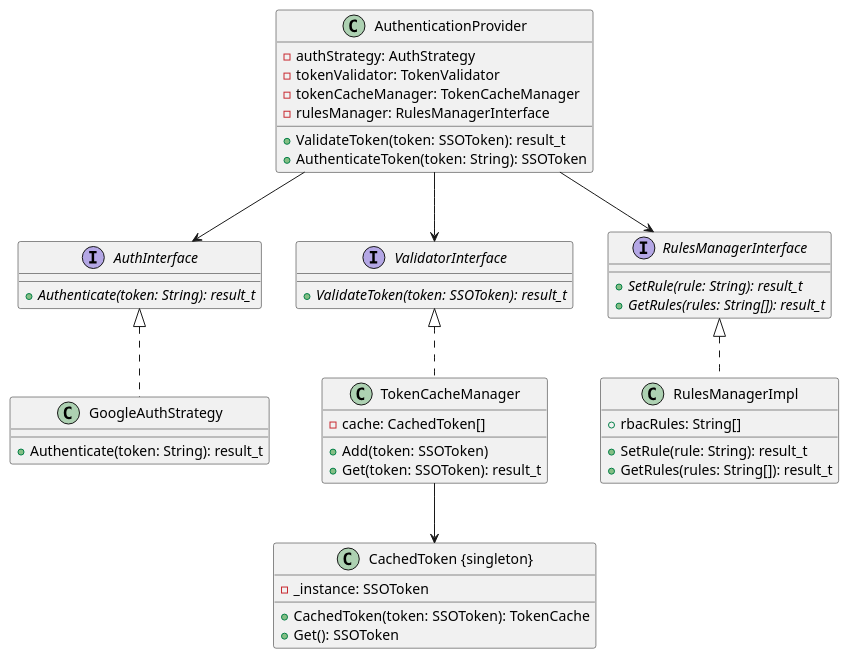
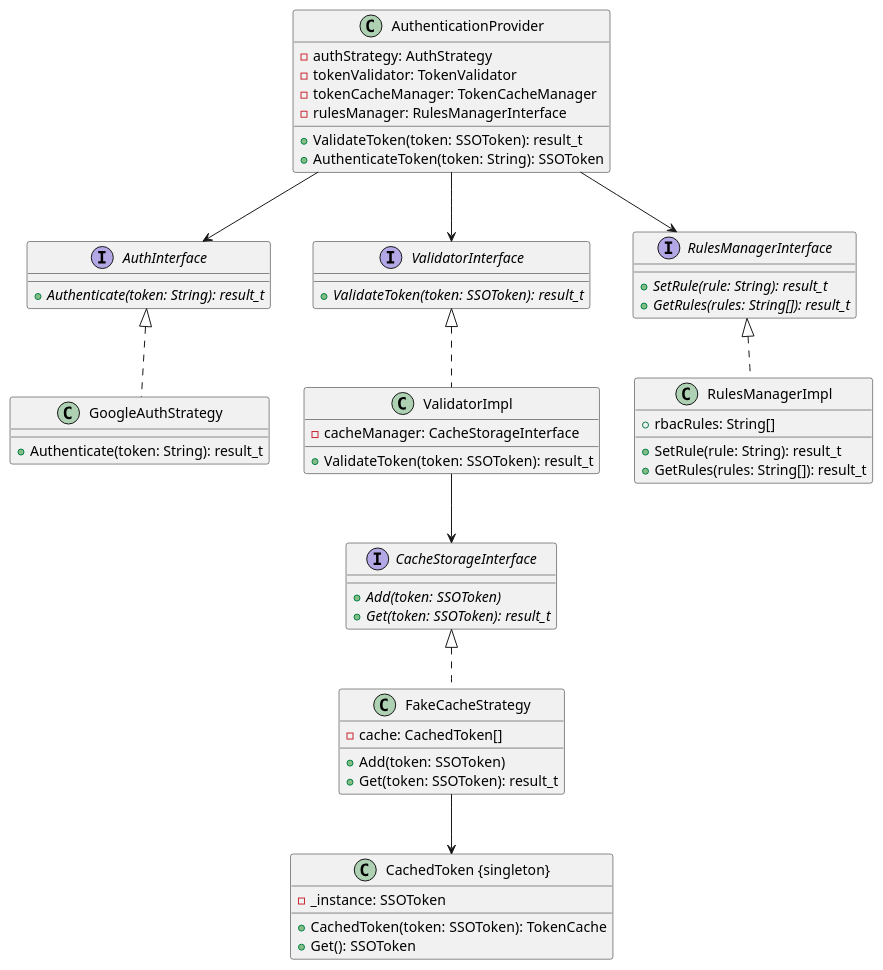
Before and after one commit to fanglores/Advanced-Software-Design: the diagram in PracticeTasks/Module2/Task_12/Authenticator.puml, drawn with PlantUML. The commit also changed 4 other files, not shown here.

```diff
--- a/PracticeTasks/Module2/Task_12/Authenticator.puml
+++ b/PracticeTasks/Module2/Task_12/Authenticator.puml
@@ -1,50 +1,61 @@
 @startuml
 class AuthenticationProvider {
   -authStrategy: AuthStrategy
   -tokenValidator: TokenValidator
   -tokenCacheManager: TokenCacheManager
   -rulesManager: RulesManagerInterface
   +ValidateToken(token: SSOToken): result_t
   +AuthenticateToken(token: String): SSOToken
 }
 
 interface AuthInterface {
   {abstract} +Authenticate(token: String): result_t
 }
 
 class GoogleAuthStrategy implements AuthInterface {
   +Authenticate(token: String): result_t
 }
 
 interface ValidatorInterface {
   {abstract} +ValidateToken(token: SSOToken): result_t
 }
 
-class TokenCacheManager implements ValidatorInterface {
+class ValidatorImpl implements ValidatorInterface {
+  -cacheManager: CacheStorageInterface
+  +ValidateToken(token: SSOToken): result_t
+}
+
+interface CacheStorageInterface {
+  {abstract} +Add(token: SSOToken)
+  {abstract} +Get(token: SSOToken): result_t
+}
+
+class FakeCacheStrategy implements CacheStorageInterface {
   -cache: CachedToken[]
   +Add(token: SSOToken)
   +Get(token: SSOToken): result_t
 }
 
 class "CachedToken {singleton}" as CachedToken {
   -_instance: SSOToken
   +CachedToken(token: SSOToken): TokenCache
   +Get(): SSOToken
 }
 
 interface RulesManagerInterface {
   {abstract} +SetRule(rule: String): result_t
   {abstract} +GetRules(rules: String[]): result_t
 }
 
 class RulesManagerImpl implements RulesManagerInterface {
   +rbacRules: String[]
   +SetRule(rule: String): result_t
   +GetRules(rules: String[]): result_t
 }
 
 AuthenticationProvider --> AuthInterface
 AuthenticationProvider --> RulesManagerInterface
 AuthenticationProvider --> ValidatorInterface
-TokenCacheManager --> CachedToken
+ValidatorImpl --> CacheStorageInterface
+FakeCacheStrategy --> CachedToken
 @enduml
```
